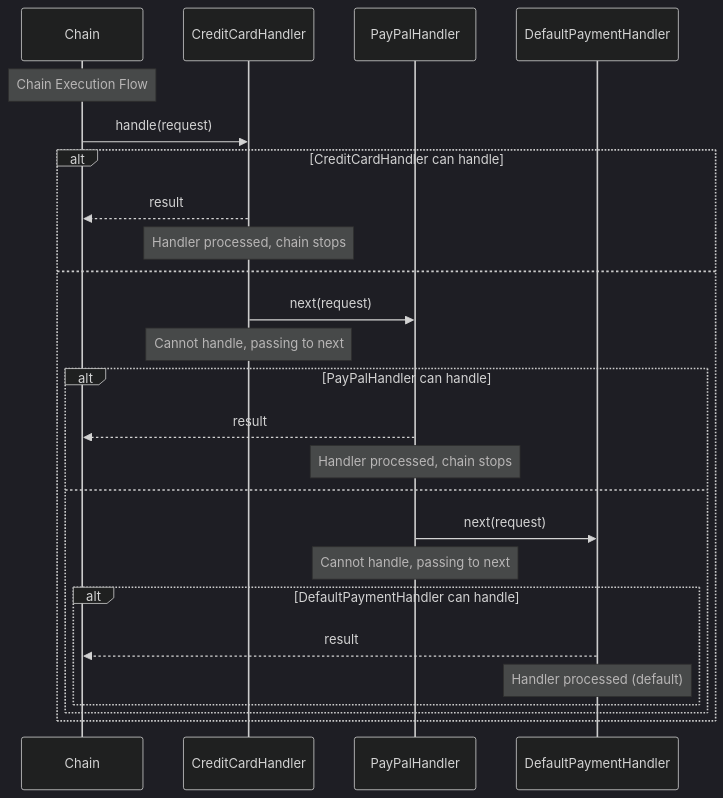
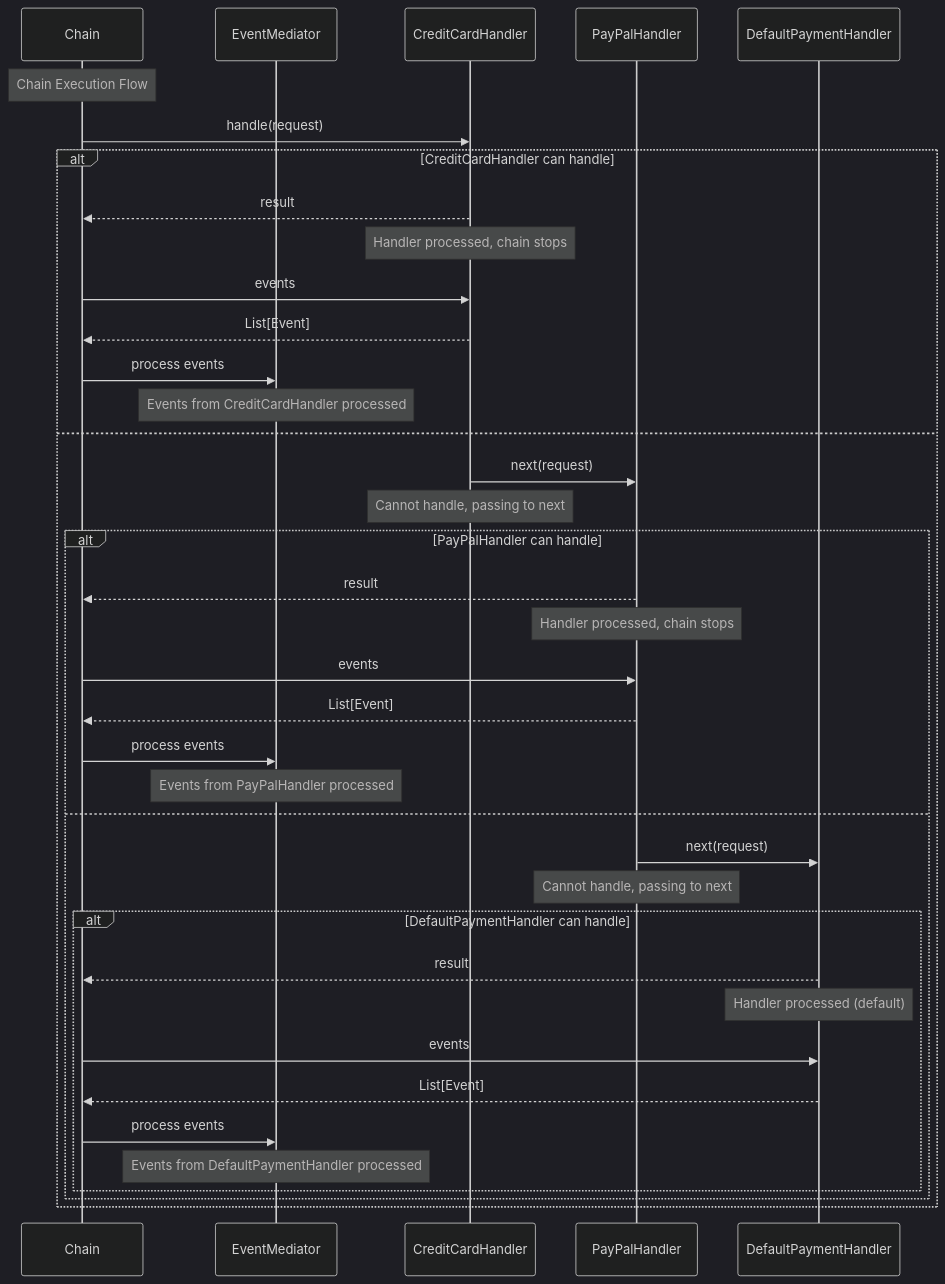
The first of 2 diagrams in docs/mermaid/chain_of_responsibility.md (vadikko2/python-cqrs-mkdocs), drawn with Mermaid (dark theme) before and after one commit. The commit also changed other lines of this file and 3 other files, not shown here.

````diff
--- a/docs/mermaid/chain_of_responsibility.md
+++ b/docs/mermaid/chain_of_responsibility.md
@@ -124,29 +138,42 @@
 ```mermaid
 sequenceDiagram
     participant C as Chain
+    participant E as EventMediator
     participant H1 as CreditCardHandler
     participant H2 as PayPalHandler
     participant H3 as DefaultPaymentHandler
 
     Note over C: Chain Execution Flow
     C->>H1: handle(request)
 
     alt CreditCardHandler can handle
         H1-->>C: result
         Note over H1: Handler processed, chain stops
+        C->>H1: events
+        H1-->>C: List[Event]
+        C->>E: process events
+        Note over E: Events from CreditCardHandler processed
     else
         H1->>H2: next(request)
         Note over H1: Cannot handle, passing to next
         alt PayPalHandler can handle
             H2-->>C: result
             Note over H2: Handler processed, chain stops
+            C->>H2: events
+            H2-->>C: List[Event]
+            C->>E: process events
+            Note over E: Events from PayPalHandler processed
         else
             H2->>H3: next(request)
             Note over H2: Cannot handle, passing to next
             alt DefaultPaymentHandler can handle
                 H3-->>C: result
                 Note over H3: Handler processed (default)
+                C->>H3: events
+                H3-->>C: List[Event]
+                C->>E: process events
+                Note over E: Events from DefaultPaymentHandler processed
             end
         end
     end
 ```
````
